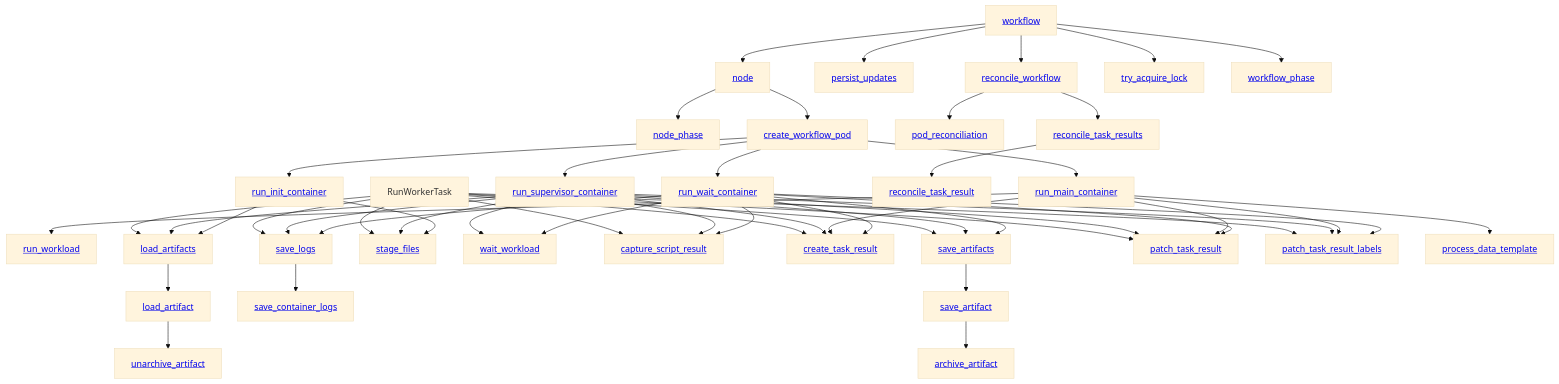
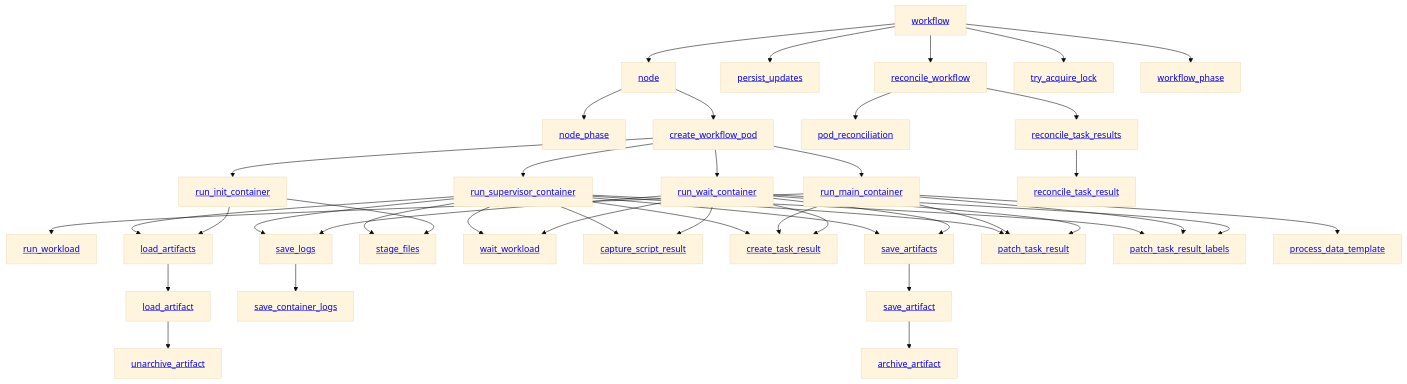
The third of 3 diagrams in docs/tracing.md (argoproj/argo-workflows), drawn with Mermaid (base theme) before and after one commit. The commit also changed other lines of this file and 3 other files, not shown here.

First line of the commit message:
docs(tracing): draw only a trace's own spans and reword RunWorkerTask

```diff
--- a/docs/tracing.md
+++ b/docs/tracing.md
@@ -134,33 +115,25 @@
     RunMainContainer --> RunWorkload
     RunWaitContainer --> SaveArtifacts
     RunSupervisorContainer --> SaveArtifacts
-    RunWorkerTask --> SaveArtifacts
     RunWaitContainer --> SaveLogs
     RunSupervisorContainer --> SaveLogs
-    RunWorkerTask --> SaveLogs
     RunInitContainer --> StageFiles
     RunSupervisorContainer --> StageFiles
-    RunWorkerTask --> StageFiles
     RunWaitContainer --> WaitWorkload
     RunSupervisorContainer --> WaitWorkload
     RunWaitContainer --> CaptureScriptResult
     RunSupervisorContainer --> CaptureScriptResult
-    RunWorkerTask --> CaptureScriptResult
     RunWaitContainer --> CreateTaskResult
     RunMainContainer --> CreateTaskResult
     RunSupervisorContainer --> CreateTaskResult
-    RunWorkerTask --> CreateTaskResult
     RunInitContainer --> LoadArtifacts
     RunSupervisorContainer --> LoadArtifacts
-    RunWorkerTask --> LoadArtifacts
     RunWaitContainer --> PatchTaskResult
     RunMainContainer --> PatchTaskResult
     RunSupervisorContainer --> PatchTaskResult
-    RunWorkerTask --> PatchTaskResult
     RunWaitContainer --> PatchTaskResultLabels
     RunMainContainer --> PatchTaskResultLabels
     RunSupervisorContainer --> PatchTaskResultLabels
-    RunWorkerTask --> PatchTaskResultLabels
     RunMainContainer --> ProcessDataTemplate
     ReconcileTaskResults --> ReconcileTaskResult
     SaveArtifacts --> SaveArtifact
```
